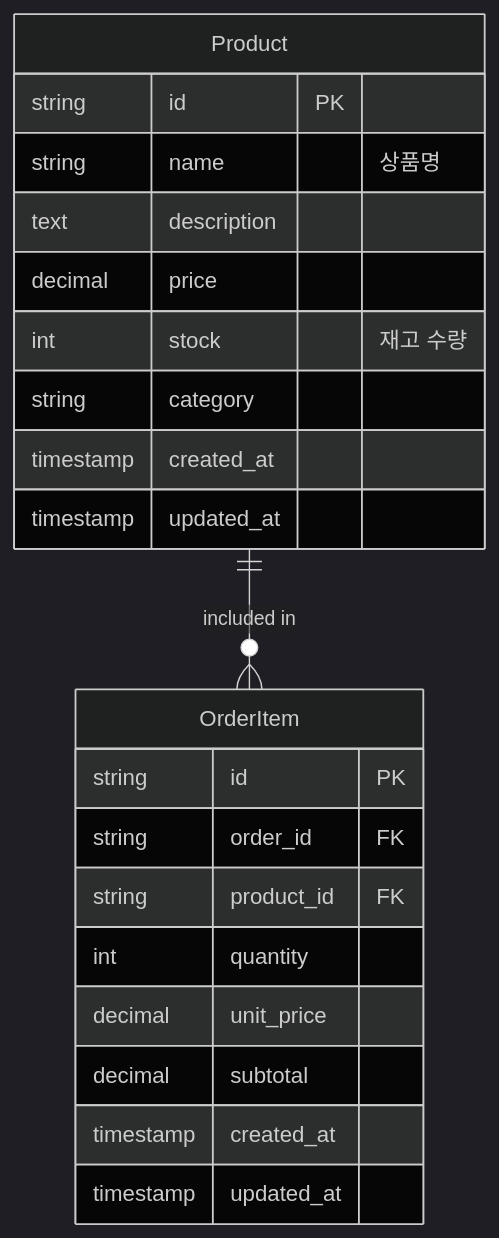
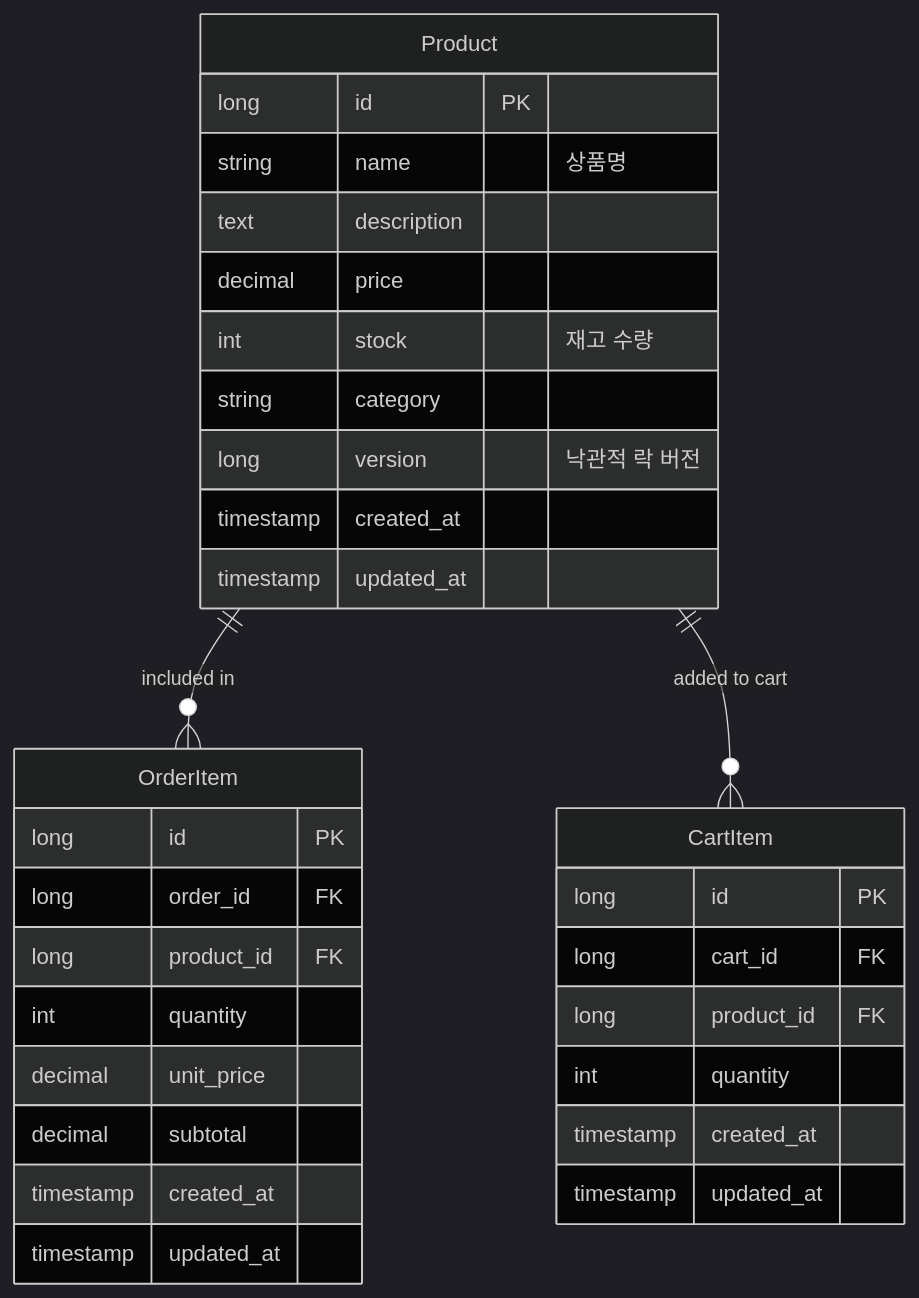
The second of 7 diagrams in docs/database-diagram.md (knowave/hhplus-ecommerce-kotlin), drawn with Mermaid (dark theme) before and after one commit. The commit also changed other lines of this file, not shown here.

Commit message:
FIX: Database diagram 수정

````diff
--- a/docs/database-diagram.md
+++ b/docs/database-diagram.md
@@ -106,26 +148,37 @@
 ```mermaid
 erDiagram
     Product ||--o{ OrderItem : "included in"
+    Product ||--o{ CartItem : "added to cart"
 
     Product {
-        string id PK
+        long id PK
         string name "상품명"
         text description
         decimal price
         int stock "재고 수량"
         string category
+        long version "낙관적 락 버전"
         timestamp created_at
         timestamp updated_at
     }
 
     OrderItem {
-        string id PK
-        string order_id FK
-        string product_id FK
+        long id PK
+        long order_id FK
+        long product_id FK
         int quantity
         decimal unit_price
         decimal subtotal
         timestamp created_at
         timestamp updated_at
     }
+
+    CartItem {
+        long id PK
+        long cart_id FK
+        long product_id FK
+        int quantity
+        timestamp created_at
+        timestamp updated_at
+    }
 ```
````
